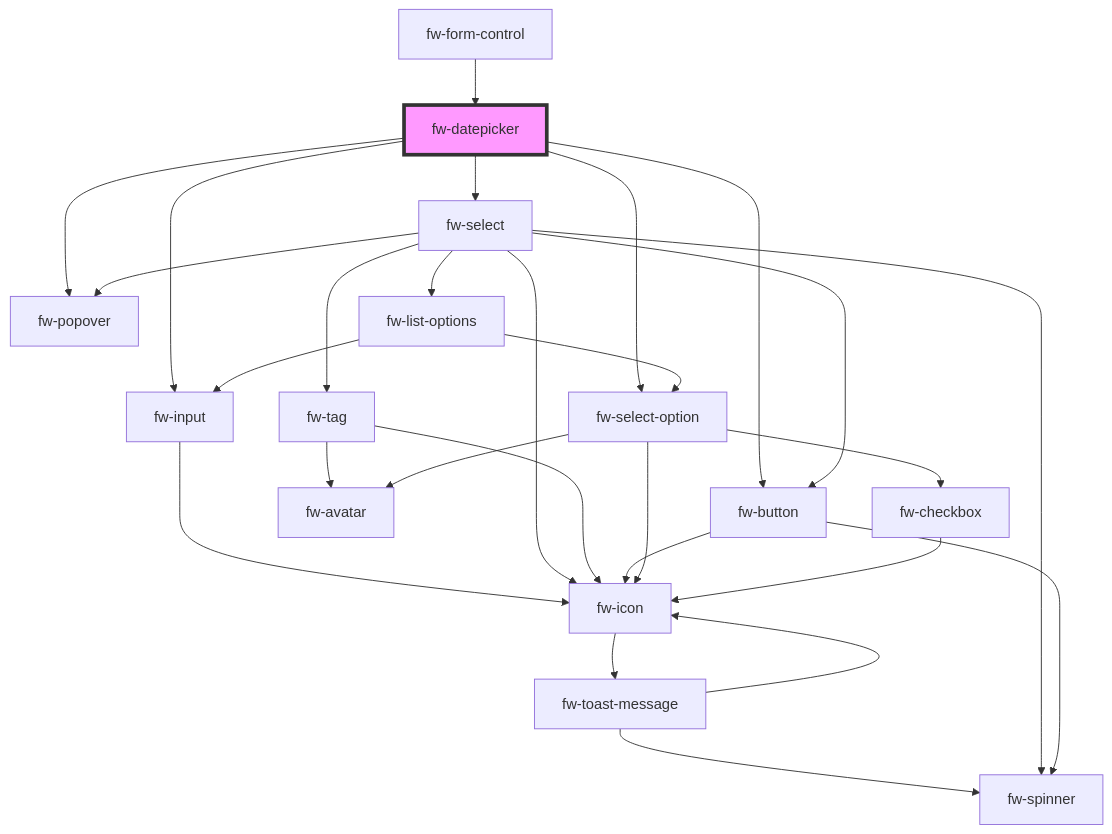
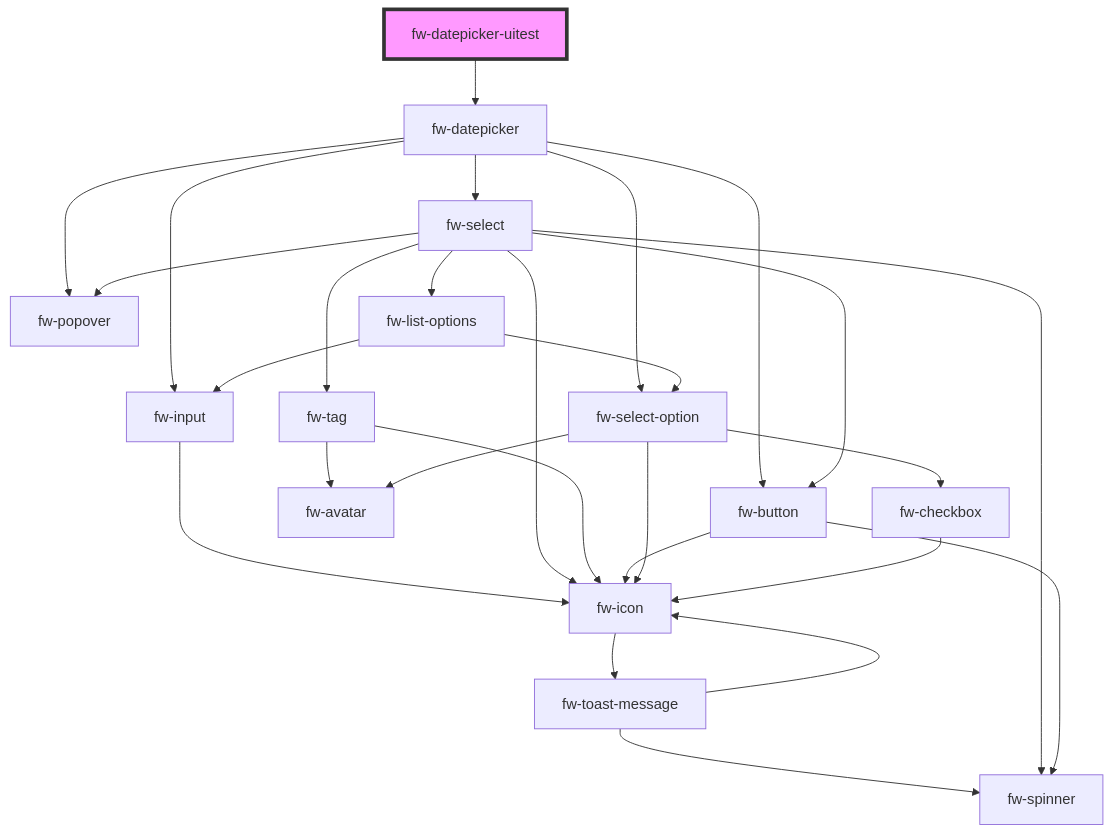
Before and after one commit to freshworks/crayons: the diagram in packages/crayons-core/src/components/datepicker/readme.md, drawn with Mermaid. The commit also changed other lines of this file and 50 other files, not shown here.

````diff
--- a/packages/crayons-core/src/components/datepicker/readme.md
+++ b/packages/crayons-core/src/components/datepicker/readme.md
@@ -124,30 +82,30 @@
 ```mermaid
 graph TD;
+  fw-datepicker-uitest --> fw-datepicker
   fw-datepicker --> fw-popover
   fw-datepicker --> fw-input
   fw-datepicker --> fw-select
   fw-datepicker --> fw-select-option
   fw-datepicker --> fw-button
   fw-input --> fw-icon
   fw-icon --> fw-toast-message
   fw-toast-message --> fw-spinner
   fw-toast-message --> fw-icon
   fw-select --> fw-tag
   fw-select --> fw-popover
   fw-select --> fw-button
   fw-select --> fw-spinner
   fw-select --> fw-icon
   fw-select --> fw-list-options
   fw-tag --> fw-avatar
   fw-tag --> fw-icon
   fw-button --> fw-spinner
   fw-button --> fw-icon
   fw-list-options --> fw-select-option
   fw-list-options --> fw-input
   fw-select-option --> fw-icon
   fw-select-option --> fw-checkbox
   fw-select-option --> fw-avatar
   fw-checkbox --> fw-icon
-  fw-form-control --> fw-datepicker
-  style fw-datepicker fill:#f9f,stroke:#333,stroke-width:4px
+  style fw-datepicker-uitest fill:#f9f,stroke:#333,stroke-width:4px
 ```
````
